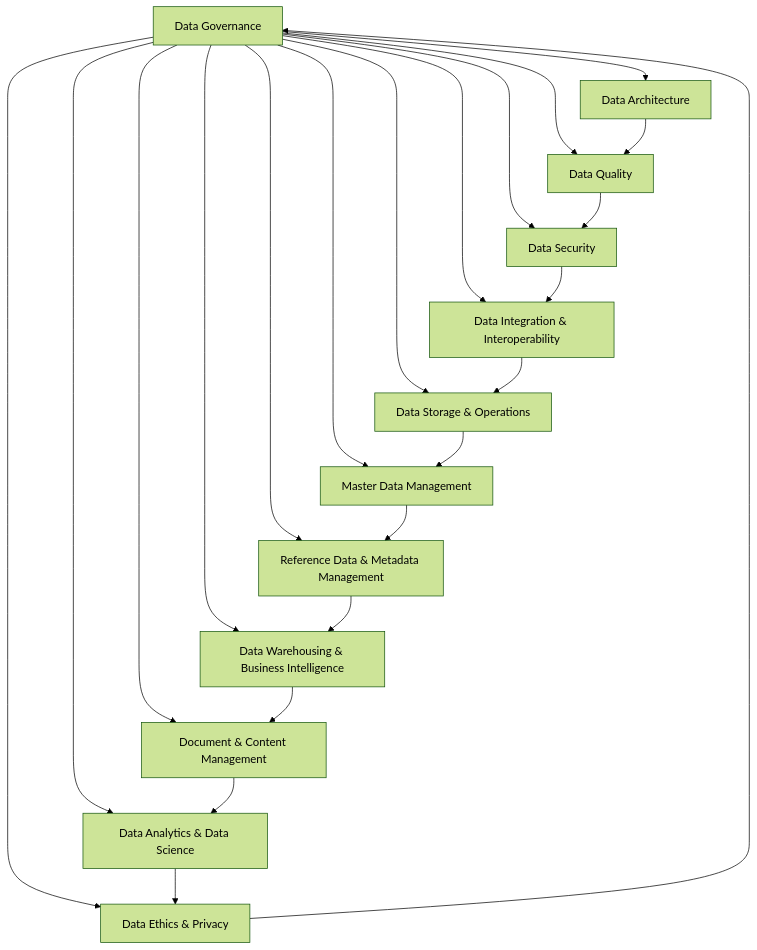
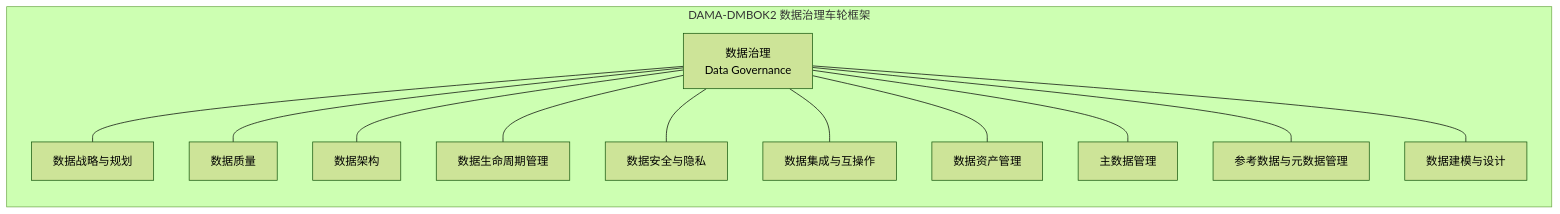
Before and after one commit to davidturing/agent: the diagram in 数据治理/01.数据治理核心概念与理论框架/1.3-数据治理的基本原则与方法论.md, drawn with Mermaid (forest theme). The commit also changed other lines of this file, not shown here.

````diff
--- a/数据治理/01.数据治理核心概念与理论框架/1.3-数据治理的基本原则与方法论.md
+++ b/数据治理/01.数据治理核心概念与理论框架/1.3-数据治理的基本原则与方法论.md
@@ -14,16 +20,26 @@
 ```mermaid
-graph TD
-    A[Data Governance] --> B[Data Architecture]
-    A --> C[Data Quality]
-    A --> D[Data Security]
-    A --> E[Data Integration & Interoperability]
-    A --> F[Data Storage & Operations]
-    A --> G[Master Data Management]
-    A --> H[Reference Data & Metadata Management]
-    A --> I[Data Warehousing & Business Intelligence]
-    A --> J[Document & Content Management]
-    A --> K[Data Analytics & Data Science]
-    A --> L[Data Ethics & Privacy]
-    %% Circular connection to show interdependence
-    B --> C --> D --> E --> F --> G --> H --> I --> J --> K --> L --> A
+flowchart LR
+    subgraph DAMA-DMBOK2 数据治理车轮框架
+        center[数据治理<br>Data Governance]
+        A[数据战略与规划]
+        B[数据质量]
+        C[数据架构]
+        D[数据生命周期管理]
+        E[数据安全与隐私]
+        F[数据集成与互操作]
+        G[数据资产管理]
+        H[主数据管理]
+        I[参考数据与元数据管理]
+        J[数据建模与设计]
+    end
+    center --- A
+    center --- B
+    center --- C
+    center --- D
+    center --- E
+    center --- F
+    center --- G
+    center --- H
+    center --- I
+    center --- J
 ```
````
